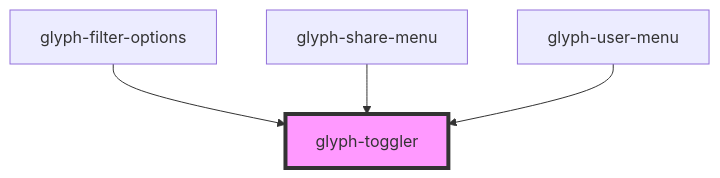
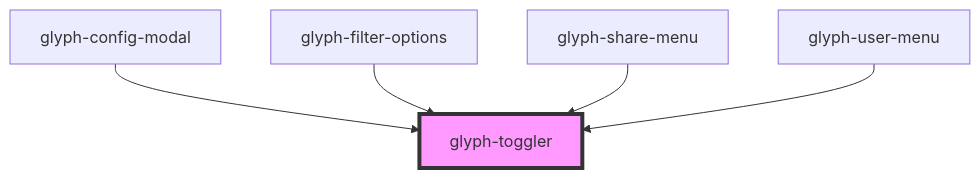
One commit to adrianiy/synth-ui changed the diagram in packages/glyph-components/src/components/toggler/readme.md. Above: the diagram before and after it, drawn with Mermaid. The commit also changed other lines of this file and 34 other files, not shown here.

````diff
--- a/packages/glyph-components/src/components/toggler/readme.md
+++ b/packages/glyph-components/src/components/toggler/readme.md
@@ -25,7 +26,8 @@
 ```mermaid
 graph TD;
+  glyph-config-modal --> glyph-toggler
   glyph-filter-options --> glyph-toggler
   glyph-share-menu --> glyph-toggler
   glyph-user-menu --> glyph-toggler
   style glyph-toggler fill:#f9f,stroke:#333,stroke-width:4px
 ```
````
